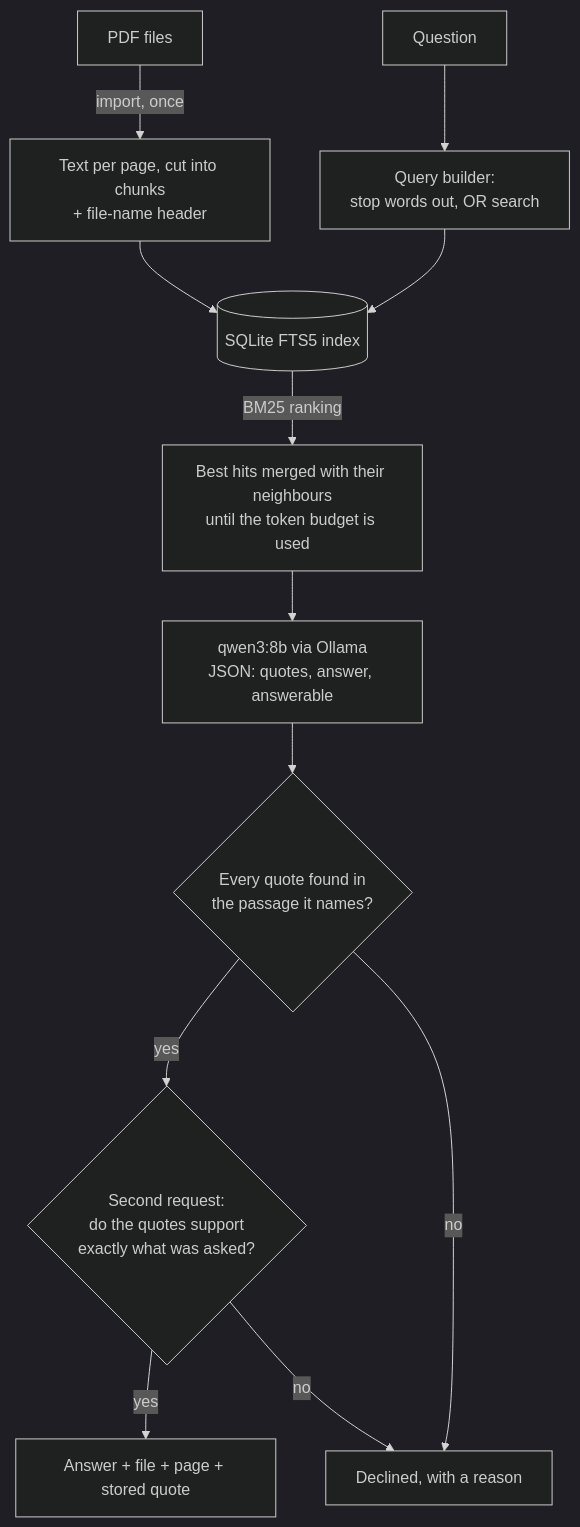
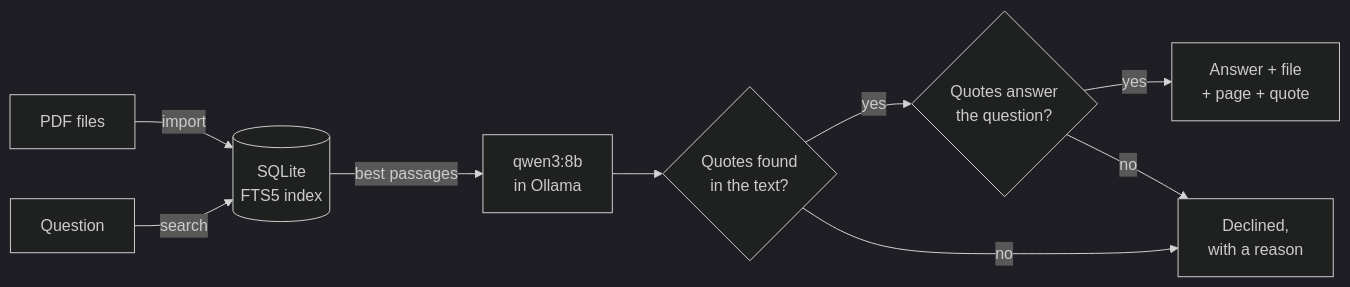
Before and after one commit to HeinzDanner/ki-werkstatt: the diagram in fundstelle/README.md, drawn with Mermaid (dark theme). The commit also changed 1 other file, not shown here.

Commit message:
Make both diagrams compact: left to right, shorter labels

````diff
--- a/fundstelle/README.md
+++ b/fundstelle/README.md
@@ -35,14 +35,11 @@
 ```mermaid
-flowchart TD
-    PDF["PDF files"] -->|import, once| CH["Text per page, cut into chunks<br/>+ file-name header"]
-    CH --> DB[("SQLite FTS5 index")]
-    Q["Question"] --> QB["Query builder:<br/>stop words out, OR search"]
-    QB --> DB
-    DB -->|BM25 ranking| CTX["Best hits merged with their neighbours<br/>until the token budget is used"]
-    CTX --> LLM["qwen3:8b via Ollama<br/>JSON: quotes, answer, answerable"]
-    LLM --> CHK{"Every quote found in<br/>the passage it names?"}
-    CHK -->|yes| VER{"Second request:<br/>do the quotes support<br/>exactly what was asked?"}
-    CHK -->|no| NO["Declined, with a reason"]
-    VER -->|yes| ANS["Answer + file + page + stored quote"]
+flowchart LR
+    PDF["PDF files"] -->|import| IDX[("SQLite<br/>FTS5 index")]
+    Q["Question"] -->|search| IDX
+    IDX -->|best passages| LLM["qwen3:8b<br/>in Ollama"]
+    LLM --> CHK{"Quotes found<br/>in the text?"}
+    CHK -->|yes| VER{"Quotes answer<br/>the question?"}
+    CHK -->|no| NO["Declined,<br/>with a reason"]
+    VER -->|yes| ANS["Answer + file<br/>+ page + quote"]
     VER -->|no| NO
 ```
````
